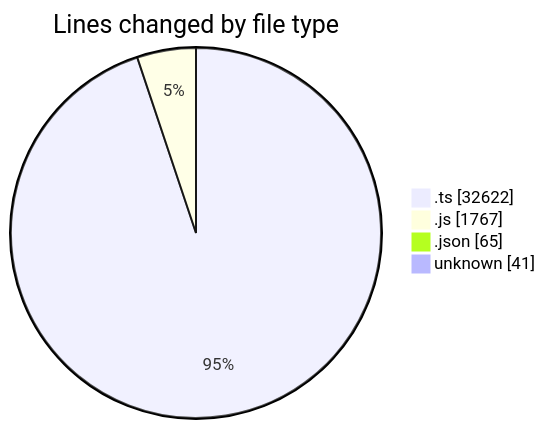
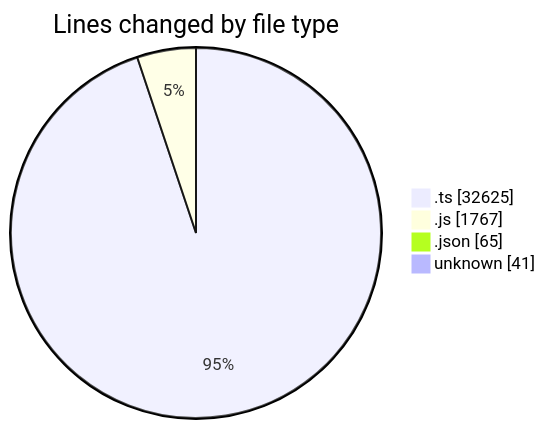
Before and after one commit to momahboobian/code-tracking: the first of 2 diagrams in 2025-07-31/cda/README.md, drawn with Mermaid. The commit also changed other lines of this file and 1 other file, not shown here.

````diff
--- a/2025-07-31/cda/README.md
+++ b/2025-07-31/cda/README.md
@@ -30,8 +30,8 @@
 ```mermaid
 pie showData
 title Lines changed by file type
-".ts" : 32622
+".ts" : 32625
 ".js" : 1767
 ".json" : 65
 "unknown" : 41
 ```
````
